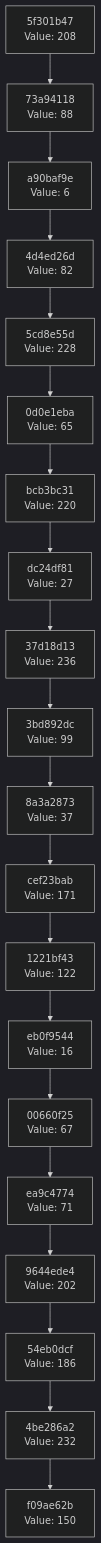
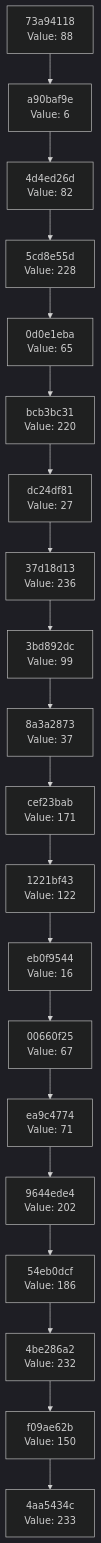
One commit to Abhisheksinha1506/hash-chain-evolver changed the diagram in docs/CHAIN_VISUALIZATION.md. Above: the diagram before and after it, drawn with Mermaid (dark theme). The commit also changed 2 other files, not shown here.

Commit message:
Evolution step: hash 0xE9 → action executed

````diff
--- a/docs/CHAIN_VISUALIZATION.md
+++ b/docs/CHAIN_VISUALIZATION.md
@@ -3,42 +3,42 @@
 ```mermaid
 graph TD
-    C0["f09ae62b<br/>Value: 150"]
-    C1["4be286a2<br/>Value: 232"]
+    C0["4aa5434c<br/>Value: 233"]
+    C1["f09ae62b<br/>Value: 150"]
     C1 --> C0
-    C2["54eb0dcf<br/>Value: 186"]
+    C2["4be286a2<br/>Value: 232"]
     C2 --> C1
-    C3["9644ede4<br/>Value: 202"]
+    C3["54eb0dcf<br/>Value: 186"]
     C3 --> C2
-    C4["ea9c4774<br/>Value: 71"]
+    C4["9644ede4<br/>Value: 202"]
     C4 --> C3
-    C5["00660f25<br/>Value: 67"]
+    C5["ea9c4774<br/>Value: 71"]
     C5 --> C4
-    C6["eb0f9544<br/>Value: 16"]
+    C6["00660f25<br/>Value: 67"]
     C6 --> C5
-    C7["1221bf43<br/>Value: 122"]
+    C7["eb0f9544<br/>Value: 16"]
     C7 --> C6
-    C8["cef23bab<br/>Value: 171"]
+    C8["1221bf43<br/>Value: 122"]
     C8 --> C7
-    C9["8a3a2873<br/>Value: 37"]
+    C9["cef23bab<br/>Value: 171"]
     C9 --> C8
-    C10["3bd892dc<br/>Value: 99"]
+    C10["8a3a2873<br/>Value: 37"]
     C10 --> C9
-    C11["37d18d13<br/>Value: 236"]
+    C11["3bd892dc<br/>Value: 99"]
     C11 --> C10
-    C12["dc24df81<br/>Value: 27"]
+    C12["37d18d13<br/>Value: 236"]
     C12 --> C11
-    C13["bcb3bc31<br/>Value: 220"]
+    C13["dc24df81<br/>Value: 27"]
     C13 --> C12
-    C14["0d0e1eba<br/>Value: 65"]
+    C14["bcb3bc31<br/>Value: 220"]
     C14 --> C13
-    C15["5cd8e55d<br/>Value: 228"]
+    C15["0d0e1eba<br/>Value: 65"]
     C15 --> C14
-    C16["4d4ed26d<br/>Value: 82"]
+    C16["5cd8e55d<br/>Value: 228"]
     C16 --> C15
-    C17["a90baf9e<br/>Value: 6"]
+    C17["4d4ed26d<br/>Value: 82"]
     C17 --> C16
-    C18["73a94118<br/>Value: 88"]
+    C18["a90baf9e<br/>Value: 6"]
     C18 --> C17
-    C19["5f301b47<br/>Value: 208"]
+    C19["73a94118<br/>Value: 88"]
     C19 --> C18
 ```
````
